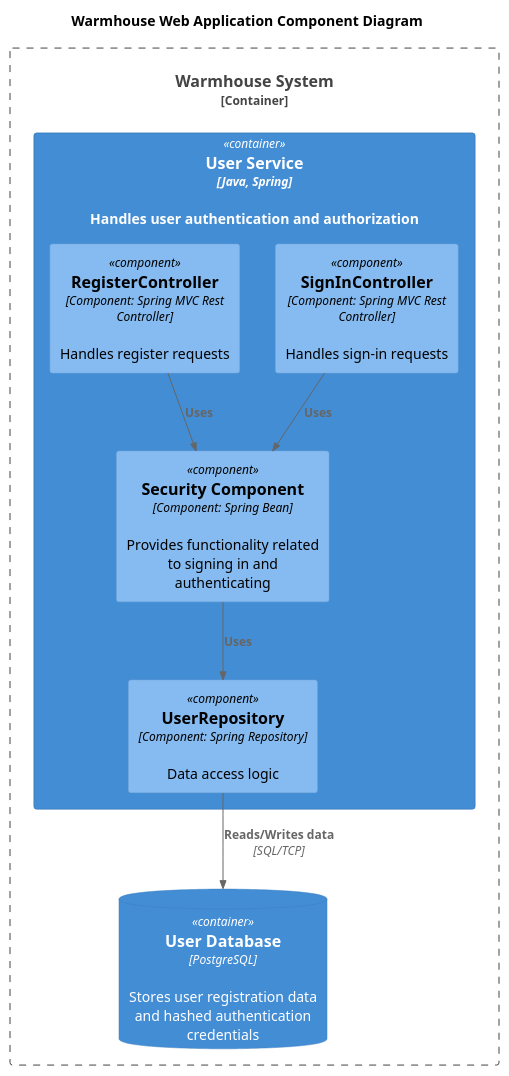
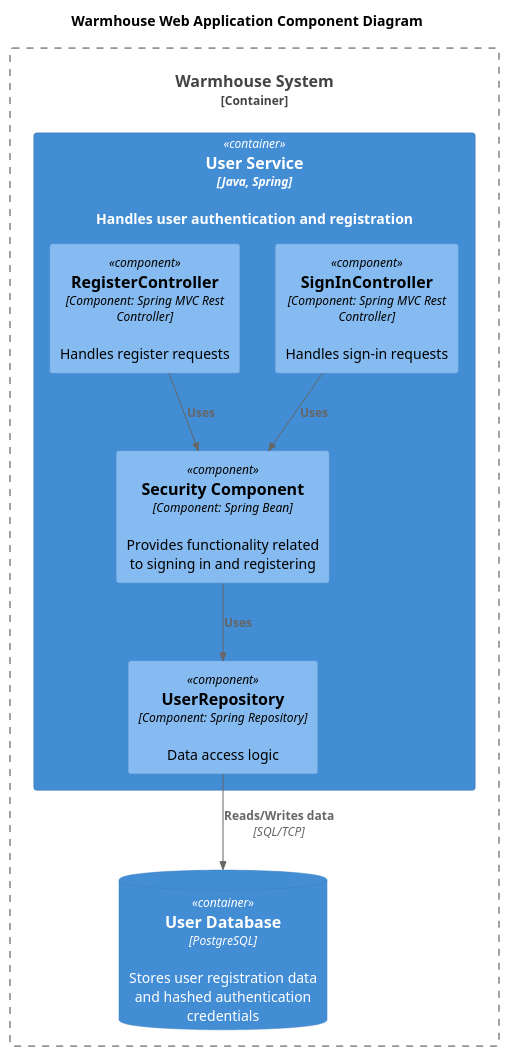
One commit to frobbery/architecture-warmhouse changed the diagram in diagrams/component/user-service-component.puml. Above: the diagram before and after it, drawn with PlantUML. The commit also changed 9 other files, not shown here.

```diff
--- a/diagrams/component/user-service-component.puml
+++ b/diagrams/component/user-service-component.puml
@@ -1,26 +1,26 @@
 @startuml
 title Warmhouse Web Application Component Diagram
 
 top to bottom direction
 
 !include ../templates/C4_Component.puml
 
 Container_Boundary(WarmhouseSystem, "Warmhouse System") {
-  Container(UserService, "User Service", "Java, Spring", "Handles user authentication and authorization")
+  Container(UserService, "User Service", "Java, Spring", "Handles user authentication and registration")
   ContainerDb(UserDatabase, "User Database", "PostgreSQL", "Stores user registration data and hashed authentication credentials")
 }
 
 Container(UserService, "User Service", "Java, Spring") {
   Component(SignInController, "SignInController", "Component: Spring MVC Rest Controller", "Handles sign-in requests")
   Component(RegisterController, "RegisterController", "Component: Spring MVC Rest Controller", "Handles register requests")
-  Component(SecurityComponent, "Security Component", "Component: Spring Bean", "Provides functionality related to signing in and authenticating")
+  Component(SecurityComponent, "Security Component", "Component: Spring Bean", "Provides functionality related to signing in and registering")
   Component(UserRepository, "UserRepository", "Component: Spring Repository", "Data access logic")
 }
 
 Rel(SignInController,SecurityComponent,"Uses")
 Rel(RegisterController,SecurityComponent,"Uses")
 Rel(SecurityComponent, UserRepository, "Uses")
 Rel(UserRepository, UserDatabase, "Reads/Writes data", "SQL/TCP")
 
 
 @enduml
```
